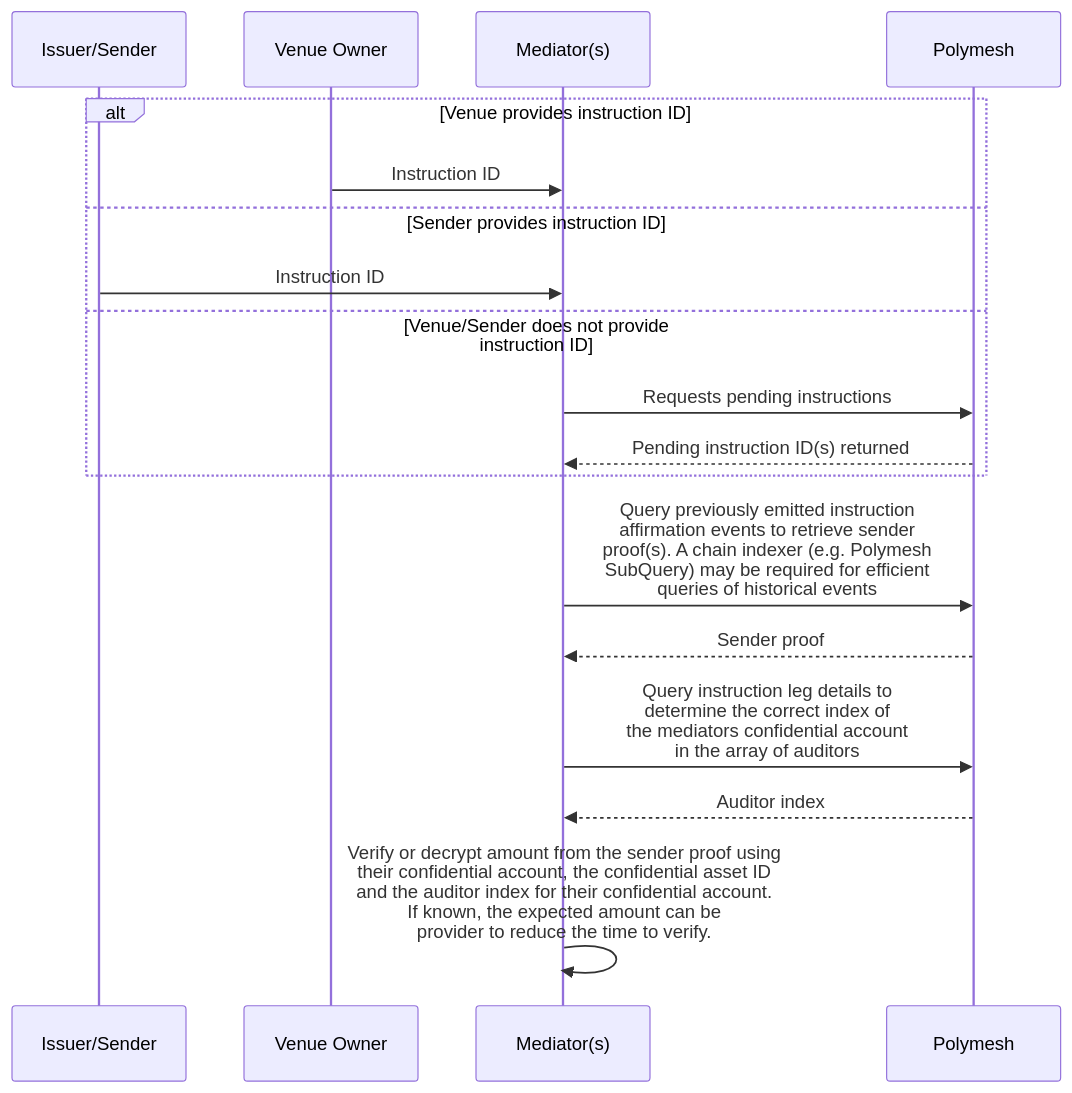
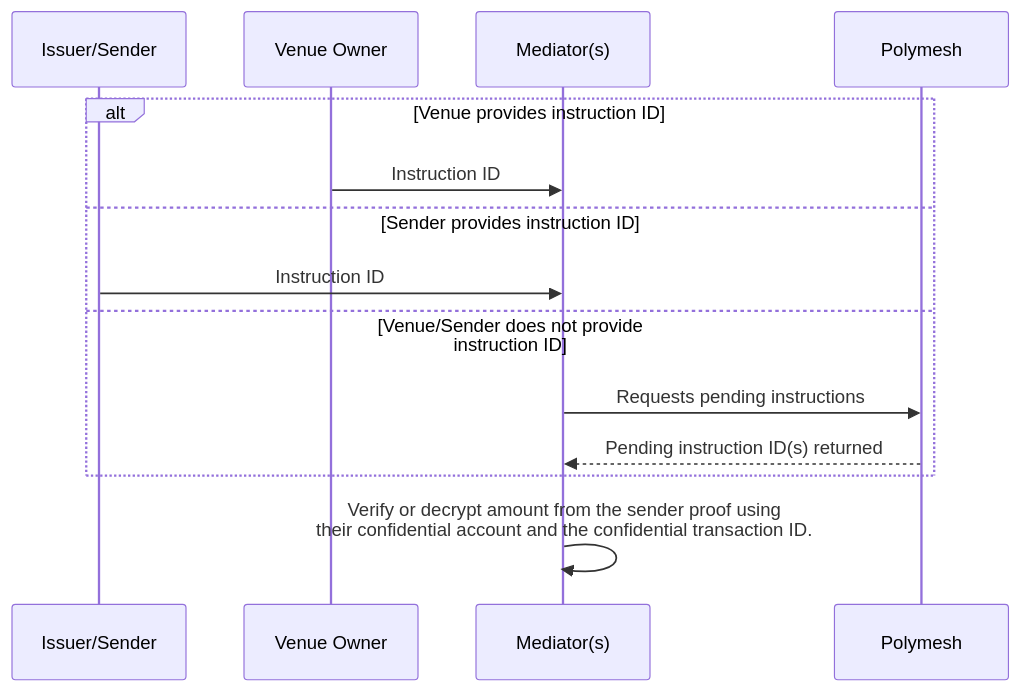
Before and after one commit to PolymeshAssociation/polymesh-documentation-site: the sixth of 9 diagrams in polymesh-docs/polymesh-private/confidential-assets/diagrams.md, drawn with Mermaid. The commit also changed other lines of this file and 1 other file, not shown here.

````diff
--- a/polymesh-docs/polymesh-private/confidential-assets/diagrams.md
+++ b/polymesh-docs/polymesh-private/confidential-assets/diagrams.md
@@ -173,21 +172,17 @@
 ```mermaid
 sequenceDiagram
 
 participant I as Issuer/Sender
 participant V as Venue Owner
 participant M as Mediator(s)
 participant P as Polymesh
 alt Venue provides instruction ID
   V ->> M: Instruction ID
 else Sender provides instruction ID
   I ->> M: Instruction ID
 else Venue/Sender does not provide instruction ID
   M ->>P: Requests pending instructions
   P -->> M: Pending instruction ID(s) returned
 end
-M ->> P: Query previously emitted instruction<br> affirmation events to retrieve sender<br>proof(s). A chain indexer (e.g. Polymesh<br> SubQuery) may be required for efficient<br> queries of historical events
-P -->> M: Sender proof
-M ->> P: Query instruction leg details to<br>determine the correct index of<br>the mediators confidential account<br>in the array of auditors
-P -->> M: Auditor index
-M ->> M: Verify or decrypt amount from the sender proof using<br>their confidential account, the confidential asset ID<br>and the auditor index for their confidential account.<br>If known, the expected amount can be<br>provider to reduce the time to verify.
+M ->> M: Verify or decrypt amount from the sender proof using<br>their confidential account and the confidential transaction ID.
 ```
````
